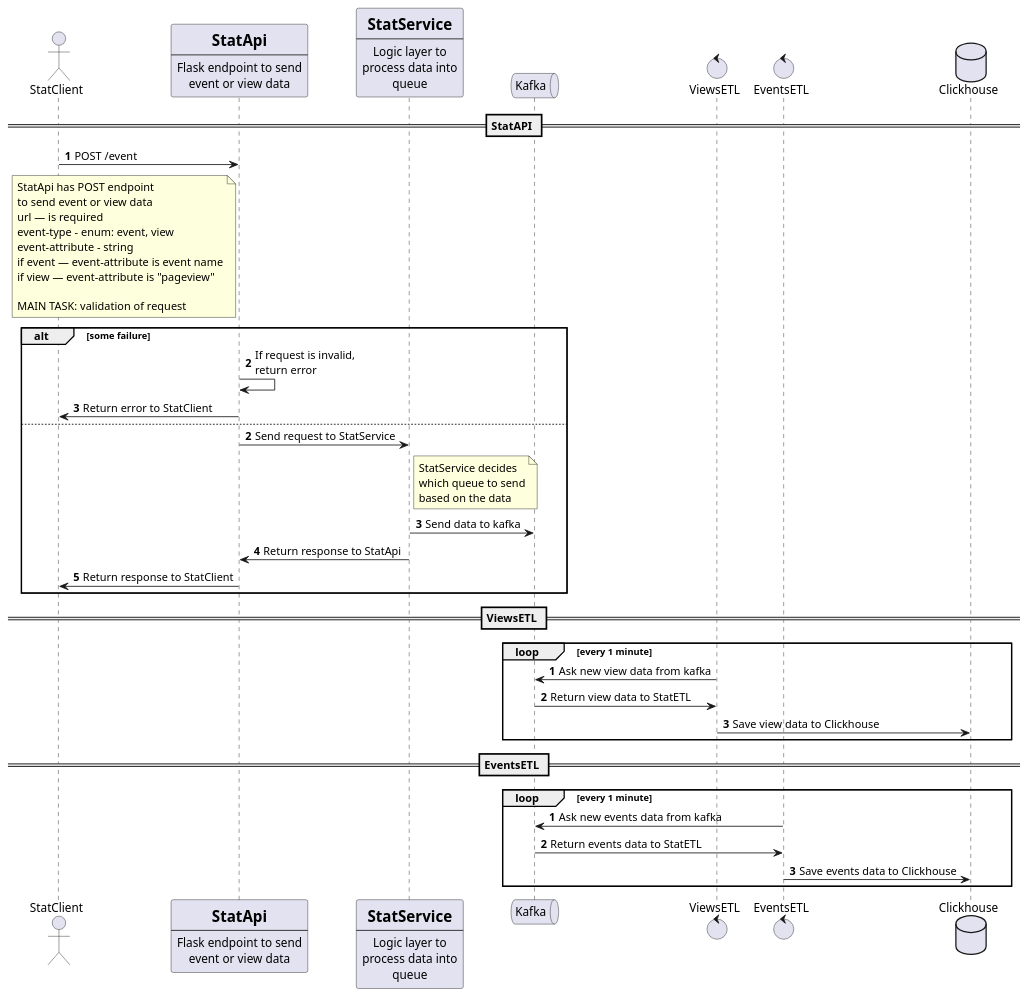
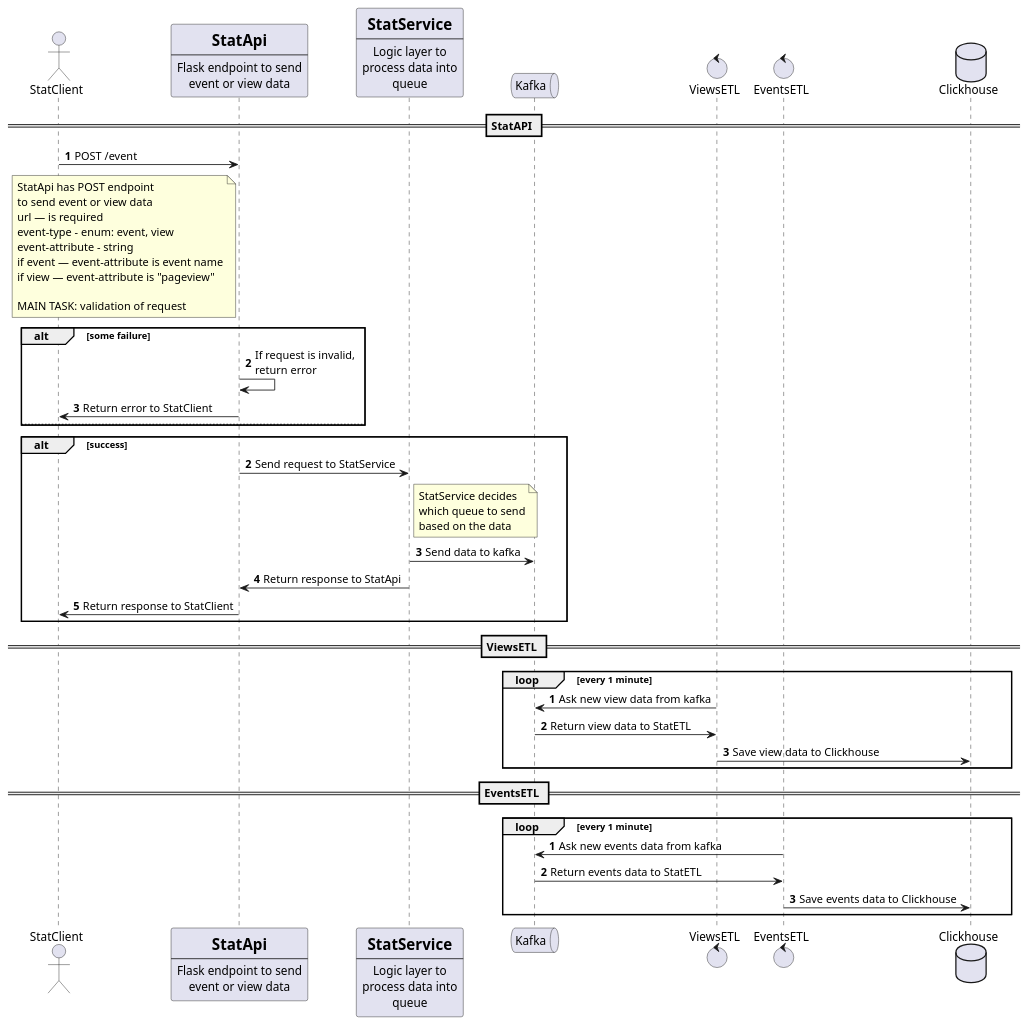
One commit to artwist-polyakov/Auth_sprint_1 changed the diagram in docs/stat-seq.puml. Above: the diagram before and after it, drawn with PlantUML. The commit also changed 1 other file, not shown here.

```diff
--- a/docs/stat-seq.puml
+++ b/docs/stat-seq.puml
@@ -1,82 +1,80 @@
 @startuml
 'https://plantuml.com/sequence-diagram
 
 
 actor StatClient
 
 
 participant StatApi [
     =StatApi
     ----
     Flask endpoint to send
     event or view data
 ]
 participant StatService[
     =StatService
     ----
     Logic layer to
     process data into
     queue
 ]
 queue Kafka
 control ViewsETL
 control EventsETL
 database Clickhouse
 
 
 autonumber
 
 == StatAPI ==
 
 StatClient -> StatApi: POST /event
 note left of StatApi
     StatApi has POST endpoint
     to send event or view data
     url — is required
     event-type - enum: event, view
     event-attribute - string
     if event — event-attribute is event name
     if view — event-attribute is "pageview"
 
     MAIN TASK: validation of request
 end note
 alt some failure
 StatApi -> StatApi: If request is invalid,\nreturn error
-
 StatApi -> StatClient: Return error to StatClient
 else
+end
 autonumber stop
 autonumber  2
+alt success
 StatApi -> StatService: Send request to StatService
 note right of StatService
     StatService decides
     which queue to send
     based on the data
 end note
 
 StatService -> Kafka: Send data to kafka
-
-
 StatService -> StatApi: Return response to StatApi
-
 StatApi -> StatClient: Return response to StatClient
 end
 autonumber stop
 
 == ViewsETL ==
 autonumber
 loop every 1 minute
 ViewsETL -> Kafka: Ask new view data from kafka
 Kafka -> ViewsETL: Return view data to StatETL
 ViewsETL -> Clickhouse: Save view data to Clickhouse
 end
 autonumber stop
 == EventsETL ==
 autonumber
 loop every 1 minute
 EventsETL -> Kafka: Ask new events data from kafka
 Kafka -> EventsETL: Return events data to StatETL
 EventsETL -> Clickhouse: Save events data to Clickhouse
 end
 autonumber stop
 @enduml
```
